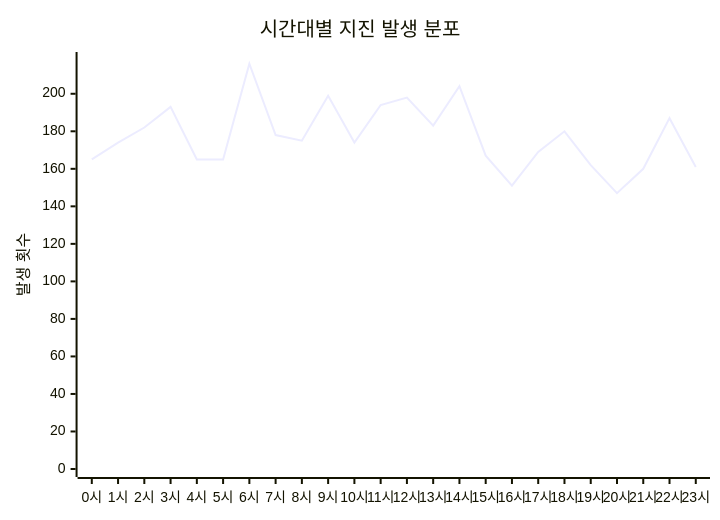
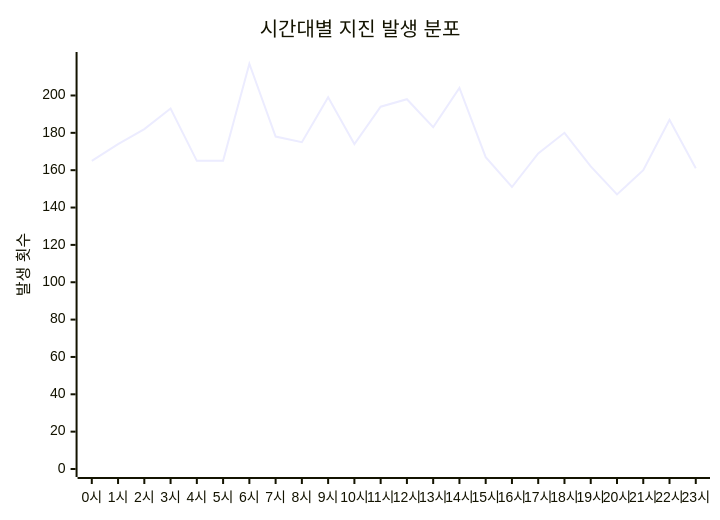
The diagram in charts/time-chart.md (serendip811/japan-eq), drawn with Mermaid before and after one commit. The commit also changed other lines of this file and 5 other files, not shown here.

Commit message:
Update earthquake data and charts Wed May 20 07:14:58 UTC 2026

````diff
--- a/charts/time-chart.md
+++ b/charts/time-chart.md
@@ -3,7 +3,7 @@
 ```mermaid
 xychart-beta
     title "시간대별 지진 발생 분포"
     x-axis ["0시", "1시", "2시", "3시", "4시", "5시", "6시", "7시", "8시", "9시", "10시", "11시", "12시", "13시", "14시", "15시", "16시", "17시", "18시", "19시", "20시", "21시", "22시", "23시"]
-    y-axis "발생 횟수" 0 --> 218
-    line [165, 174, 182, 193, 165, 165, 216, 178, 175, 199, 174, 194, 198, 183, 204, 167, 151, 169, 180, 162, 147, 160, 187, 161]
+    y-axis "발생 횟수" 0 --> 219
+    line [165, 174, 182, 193, 165, 165, 217, 178, 175, 199, 174, 194, 198, 183, 204, 167, 151, 169, 180, 162, 147, 160, 187, 161]
 ```
````
